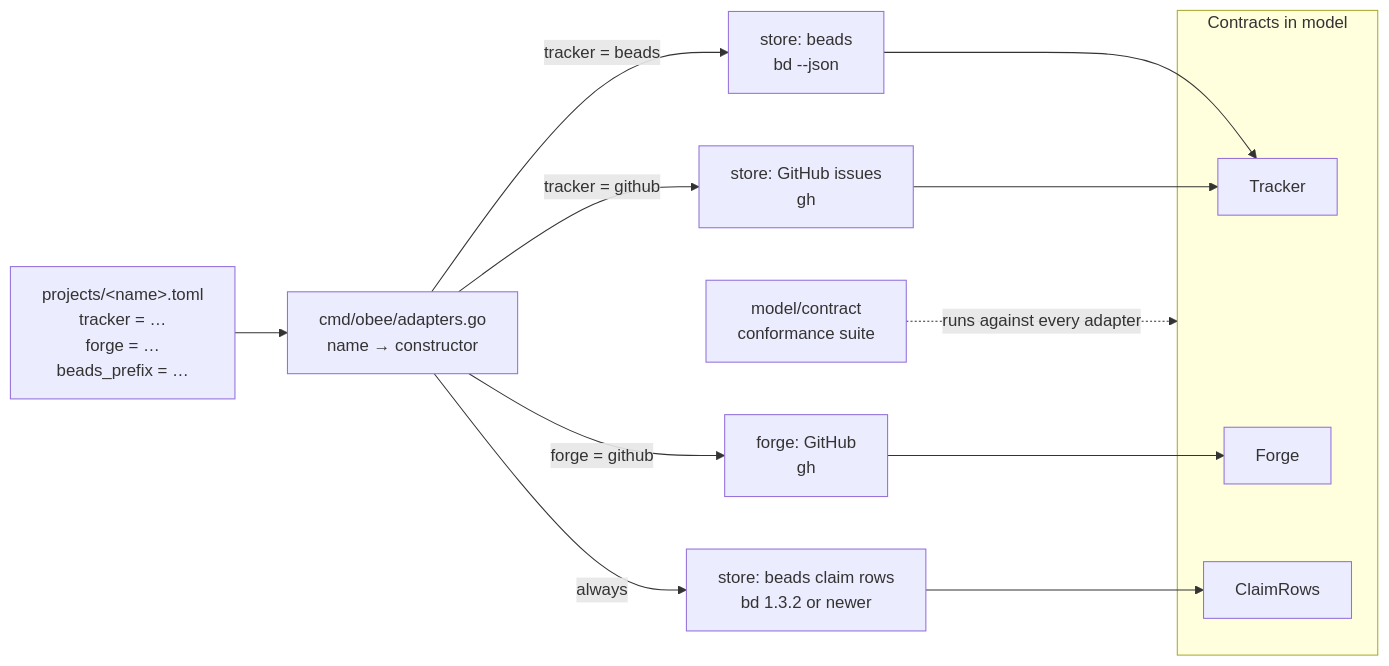
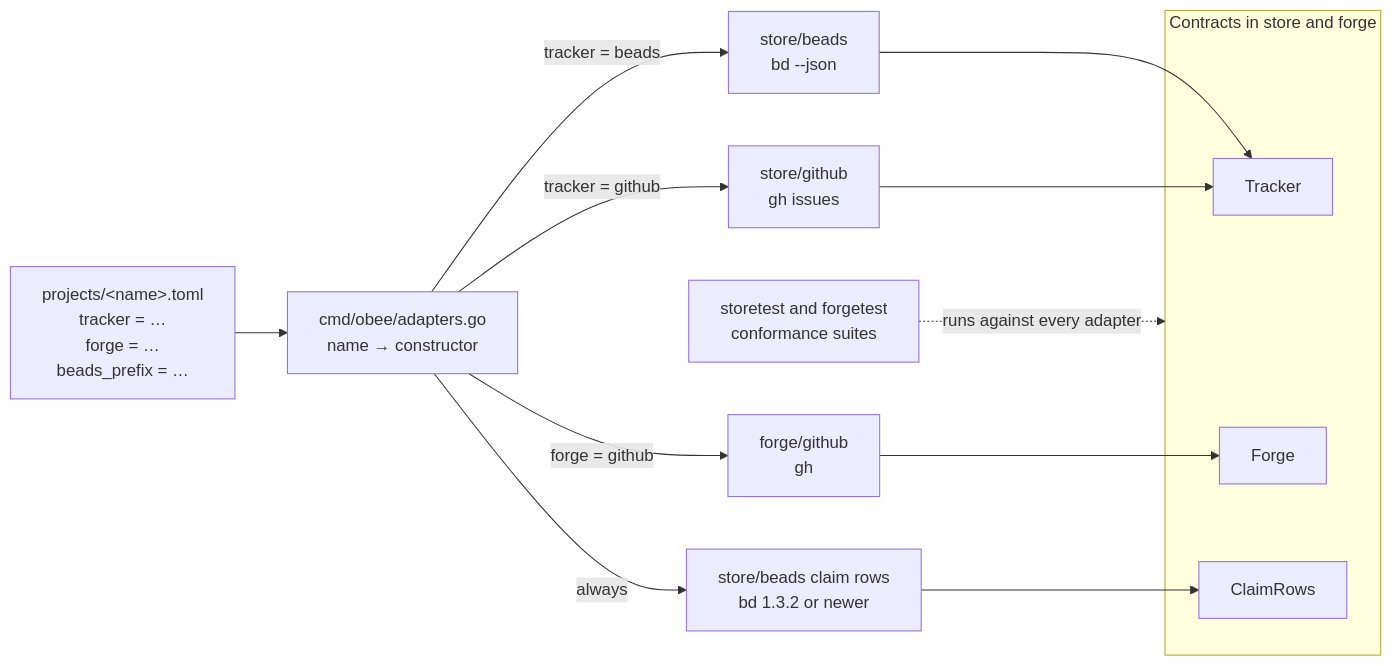
The second of 3 diagrams in docs/architecture.md (tobocop2/beehave), drawn with Mermaid before and after one commit. The commit also changed other lines of this file and 166 other files, not shown here.

````diff
--- a/docs/architecture.md
+++ b/docs/architecture.md
@@ -91,29 +103,29 @@
 ```mermaid
 flowchart LR
     project["projects/&lt;name&gt;.toml<br/>tracker = …<br/>forge = …<br/>beads_prefix = …"]
     table["cmd/obee/adapters.go<br/>name → constructor"]
 
-    subgraph contracts["Contracts in model"]
+    subgraph contracts["Contracts in store and forge"]
         Tracker
         Forge
         ClaimRows
     end
 
-    beads["store: beads<br/>bd --json"]
-    ghissues["store: GitHub issues<br/>gh"]
-    github["forge: GitHub<br/>gh"]
-    lease["store: beads claim rows<br/>bd 1.3.2 or newer"]
+    beads["store/beads<br/>bd --json"]
+    ghissues["store/github<br/>gh issues"]
+    github["forge/github<br/>gh"]
+    lease["store/beads claim rows<br/>bd 1.3.2 or newer"]
 
     project --> table
     table -- "tracker = beads" --> beads
     table -- "tracker = github" --> ghissues
     table -- "forge = github" --> github
     table -- "always" --> lease
 
     beads --> Tracker
     ghissues --> Tracker
     github --> Forge
     lease --> ClaimRows
 
-    suite["model/contract<br/>conformance suite"] -. "runs against every adapter" .-> contracts
+    suite["storetest and forgetest<br/>conformance suites"] -. "runs against every adapter" .-> contracts
 ```
````
